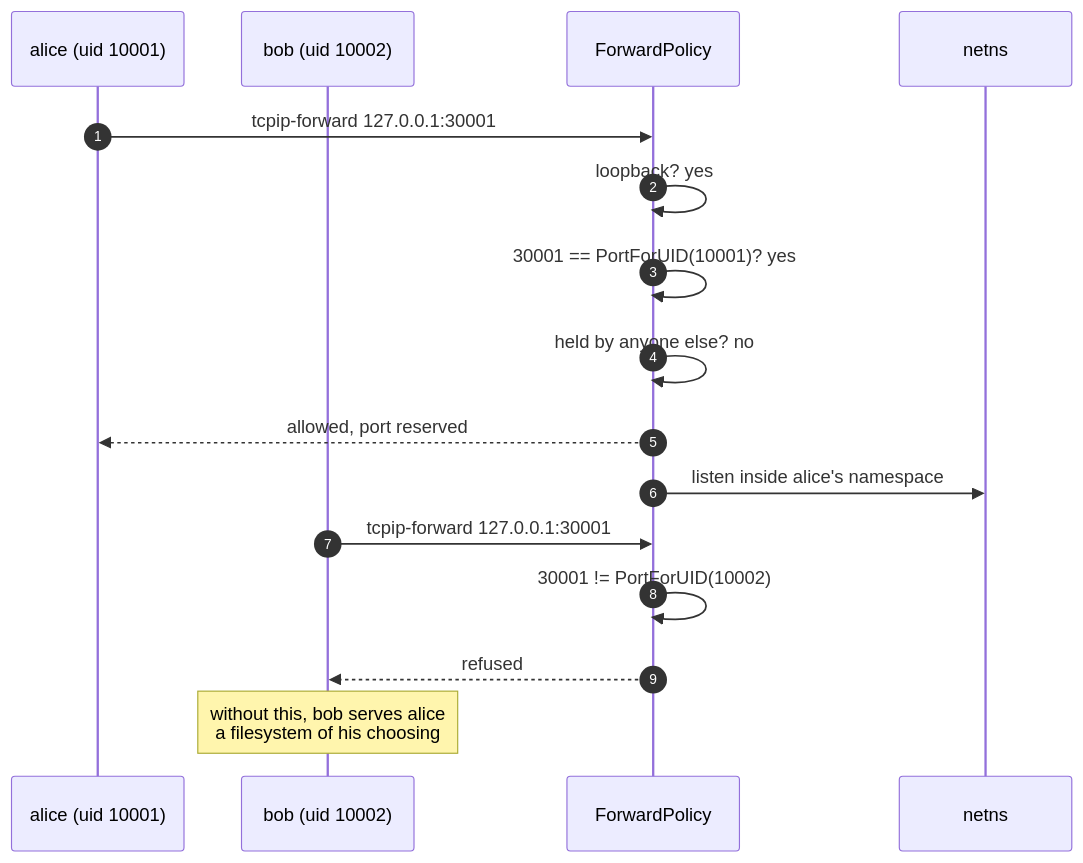
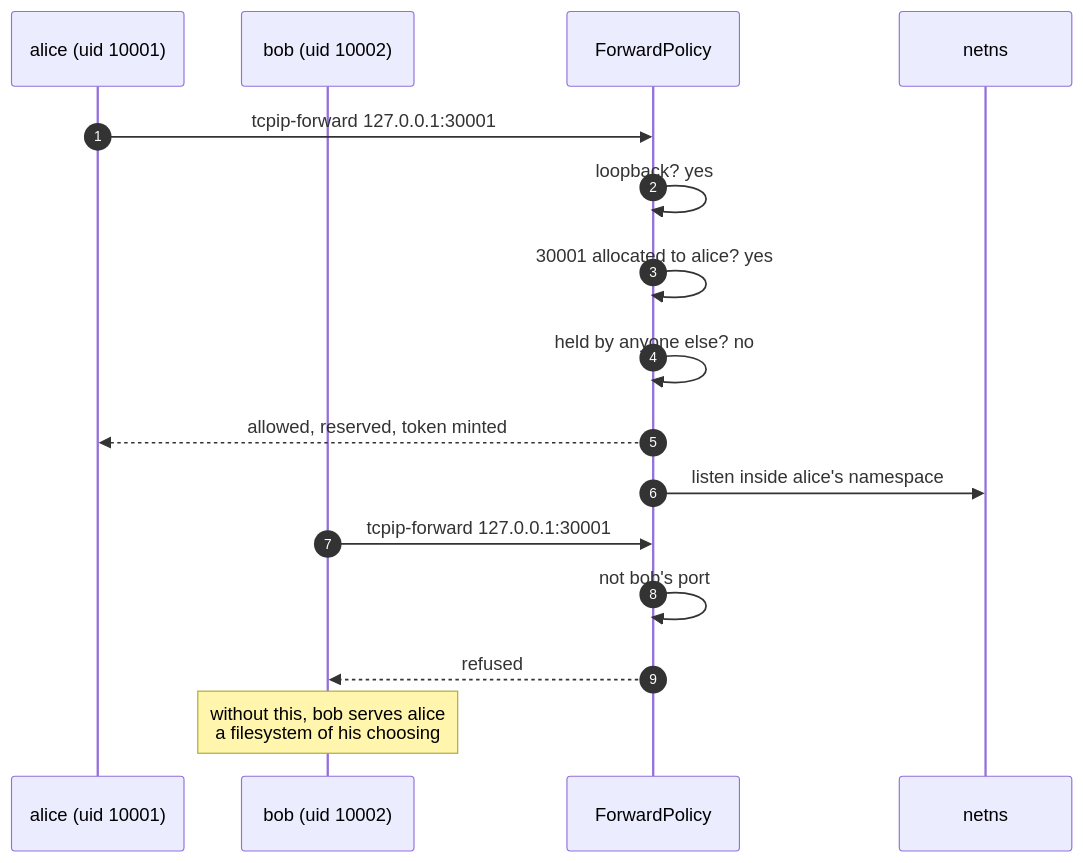
The fifth of 10 diagrams in docs/threat-model.md (lhns/remote-docker), drawn with Mermaid before and after one commit. The commit also changed other lines of this file and 8 other files, not shown here.

````diff
--- a/docs/threat-model.md
+++ b/docs/threat-model.md
@@ -217,20 +357,20 @@
 ```mermaid
 sequenceDiagram
     autonumber
     participant A as alice (uid 10001)
     participant B as bob (uid 10002)
     participant P as ForwardPolicy
     participant NS as netns
 
     A->>P: tcpip-forward 127.0.0.1:30001
     P->>P: loopback? yes
-    P->>P: 30001 == PortForUID(10001)? yes
+    P->>P: 30001 allocated to alice? yes
     P->>P: held by anyone else? no
-    P-->>A: allowed, port reserved
+    P-->>A: allowed, reserved, token minted
     P->>NS: listen inside alice's namespace
 
     B->>P: tcpip-forward 127.0.0.1:30001
-    P->>P: 30001 != PortForUID(10002)
+    P->>P: not bob's port
     P-->>B: refused
     Note over B: without this, bob serves alice<br/>a filesystem of his choosing
 ```
````
